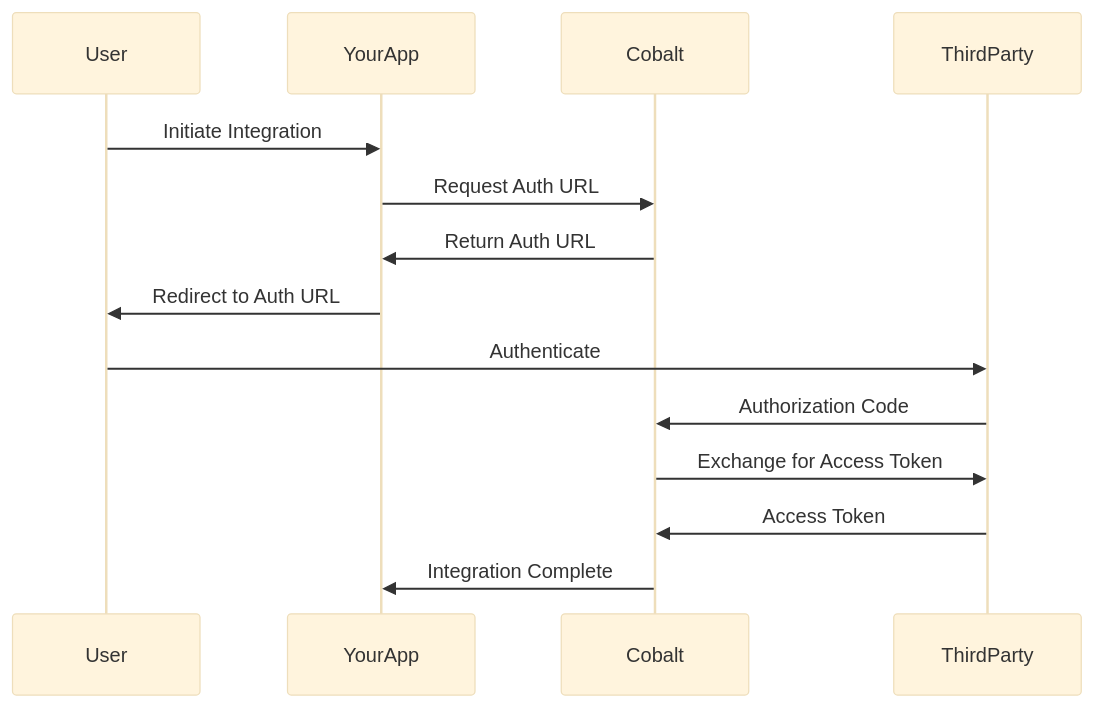
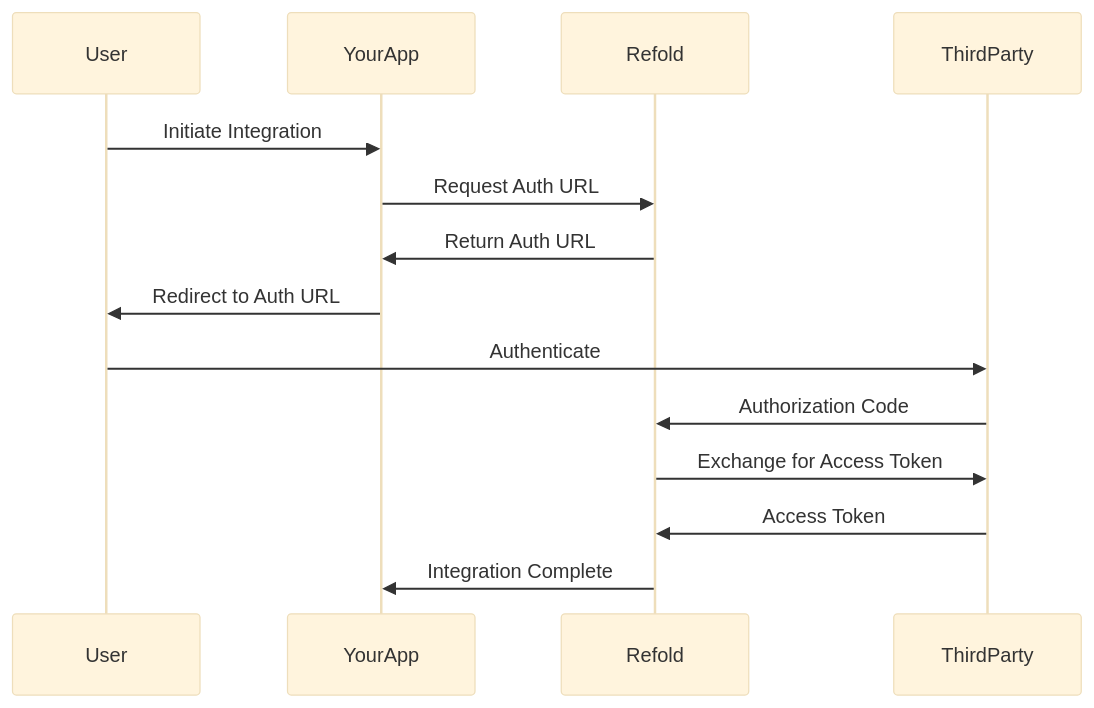
The diagram in v3/developer/configure/app-configuration/authentication.mdx (gocobalt/mintlify-docs), drawn with Mermaid (base theme) before and after one commit. The commit also changed other lines of this file and 190 other files, not shown here.

````diff
--- a/v3/developer/configure/app-configuration/authentication.mdx
+++ b/v3/developer/configure/app-configuration/authentication.mdx
@@ -98,17 +98,17 @@
 ```mermaid
 sequenceDiagram
     participant User
     participant YourApp
-    participant Cobalt
+    participant Refold
     participant ThirdParty
     
     User->>YourApp: Initiate Integration
-    YourApp->>Cobalt: Request Auth URL
-    Cobalt->>YourApp: Return Auth URL
+    YourApp->>Refold: Request Auth URL
+    Refold->>YourApp: Return Auth URL
     YourApp->>User: Redirect to Auth URL
     User->>ThirdParty: Authenticate
-    ThirdParty->>Cobalt: Authorization Code
-    Cobalt->>ThirdParty: Exchange for Access Token
-    ThirdParty->>Cobalt: Access Token
-    Cobalt->>YourApp: Integration Complete
+    ThirdParty->>Refold: Authorization Code
+    Refold->>ThirdParty: Exchange for Access Token
+    ThirdParty->>Refold: Access Token
+    Refold->>YourApp: Integration Complete
 ```
````
